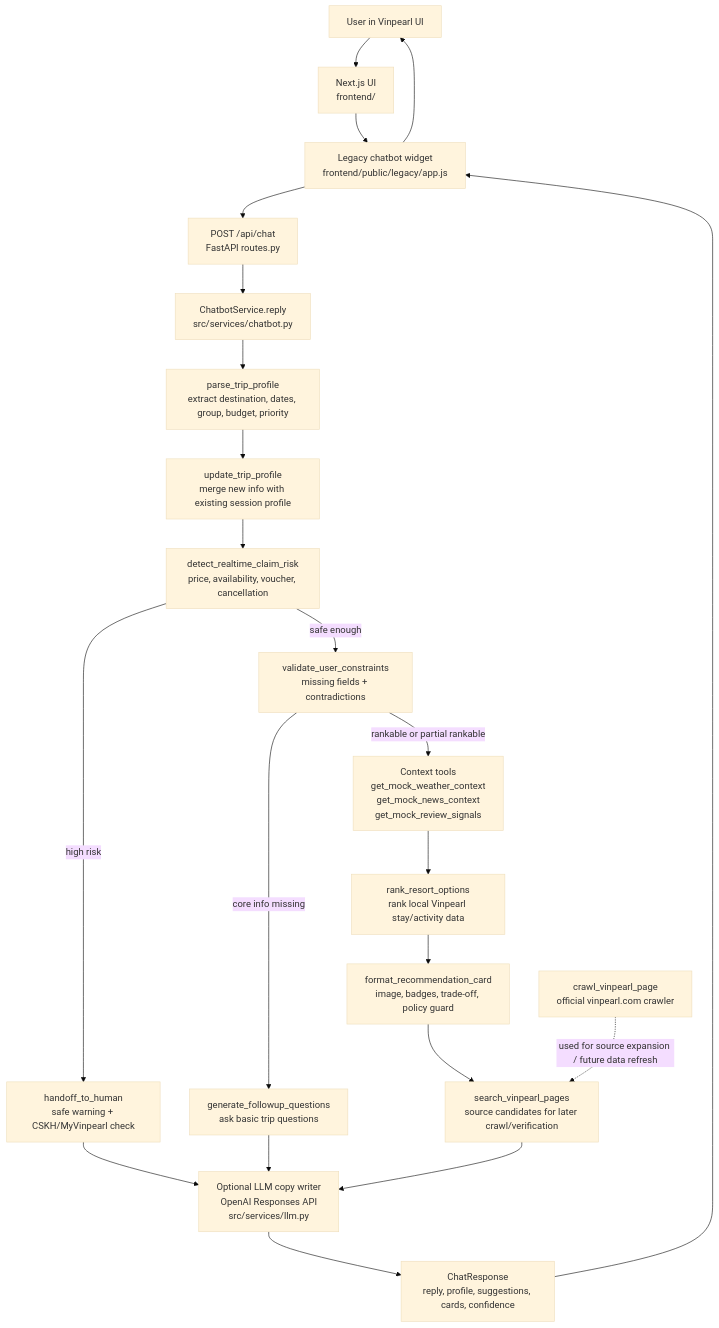
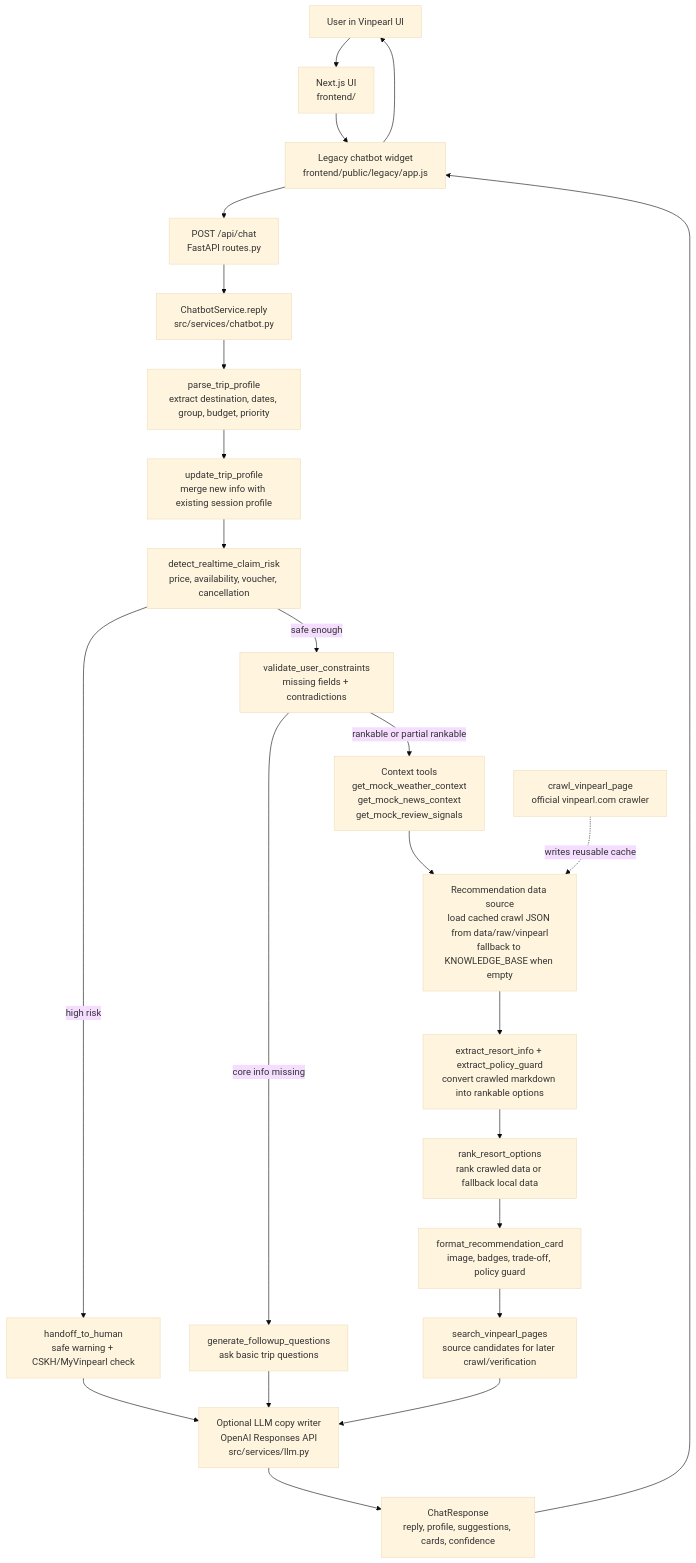
The diagram in README.md (minhhai203/mini-hackathon-vinuni), drawn with Mermaid (base theme) before and after one commit. The commit also changed other lines of this file and 10 other files, not shown here.

````diff
--- a/README.md
+++ b/README.md
@@ -224,30 +225,32 @@
 ```mermaid
 flowchart TD
     U["User in Vinpearl UI"] --> FE["Next.js UI\nfrontend/"]
     FE --> W["Legacy chatbot widget\nfrontend/public/legacy/app.js"]
     W --> API["POST /api/chat\nFastAPI routes.py"]
     API --> S["ChatbotService.reply\nsrc/services/chatbot.py"]
 
     S --> P["parse_trip_profile\nextract destination, dates, group, budget, priority"]
     P --> UP["update_trip_profile\nmerge new info with existing session profile"]
     UP --> RISK["detect_realtime_claim_risk\nprice, availability, voucher, cancellation"]
 
     RISK -->|"high risk"| H["handoff_to_human\nsafe warning + CSKH/MyVinpearl check"]
     H --> LLM["Optional LLM copy writer\nOpenAI Responses API\nsrc/services/llm.py"]
     LLM --> OUT["ChatResponse\nreply, profile, suggestions, cards, confidence"]
 
     RISK -->|"safe enough"| VAL["validate_user_constraints\nmissing fields + contradictions"]
     VAL -->|"core info missing"| Q["generate_followup_questions\nask basic trip questions"]
     Q --> LLM
 
     VAL -->|"rankable or partial rankable"| CTX["Context tools\nget_mock_weather_context\nget_mock_news_context\nget_mock_review_signals"]
-    CTX --> RANK["rank_resort_options\nrank local Vinpearl stay/activity data"]
+    CTX --> DATA["Recommendation data source\nload cached crawl JSON from data/raw/vinpearl\nfallback to KNOWLEDGE_BASE when empty"]
+    DATA --> EXT["extract_resort_info + extract_policy_guard\nconvert crawled markdown into rankable options"]
+    EXT --> RANK["rank_resort_options\nrank crawled data or fallback local data"]
     RANK --> CARD["format_recommendation_card\nimage, badges, trade-off, policy guard"]
     CARD --> SRC["search_vinpearl_pages\nsource candidates for later crawl/verification"]
     SRC --> LLM
 
     OUT --> W
     W --> U
 
-    CRAWL["crawl_vinpearl_page\nofficial vinpearl.com crawler"] -. "used for source expansion / future data refresh" .-> SRC
+    CRAWL["crawl_vinpearl_page\nofficial vinpearl.com crawler"] -. "writes reusable cache" .-> DATA
 ```
````
